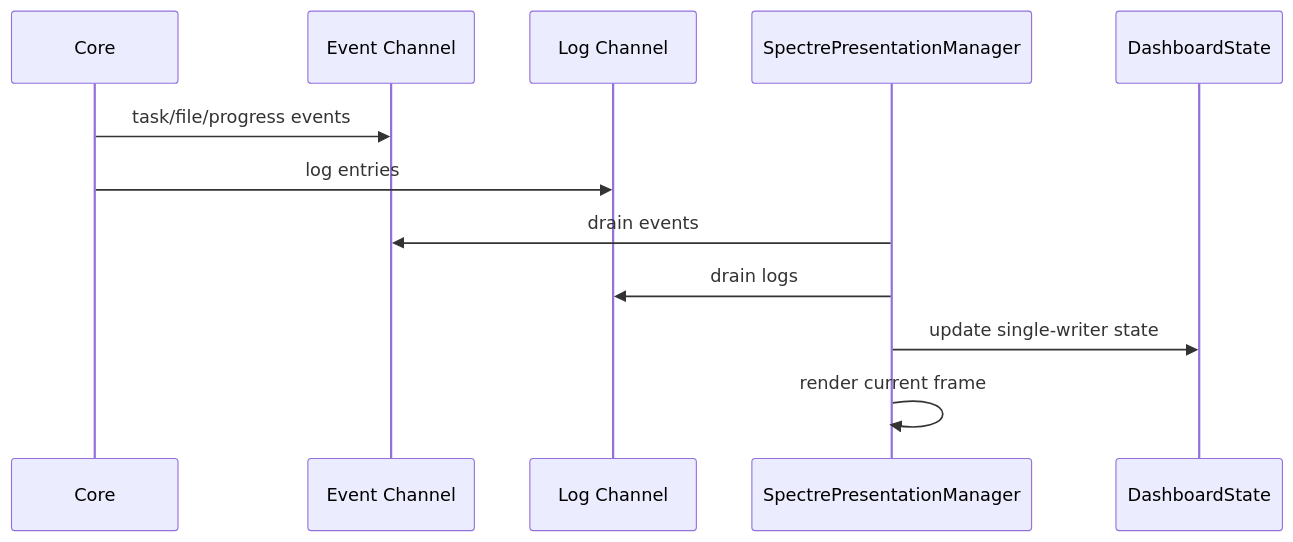
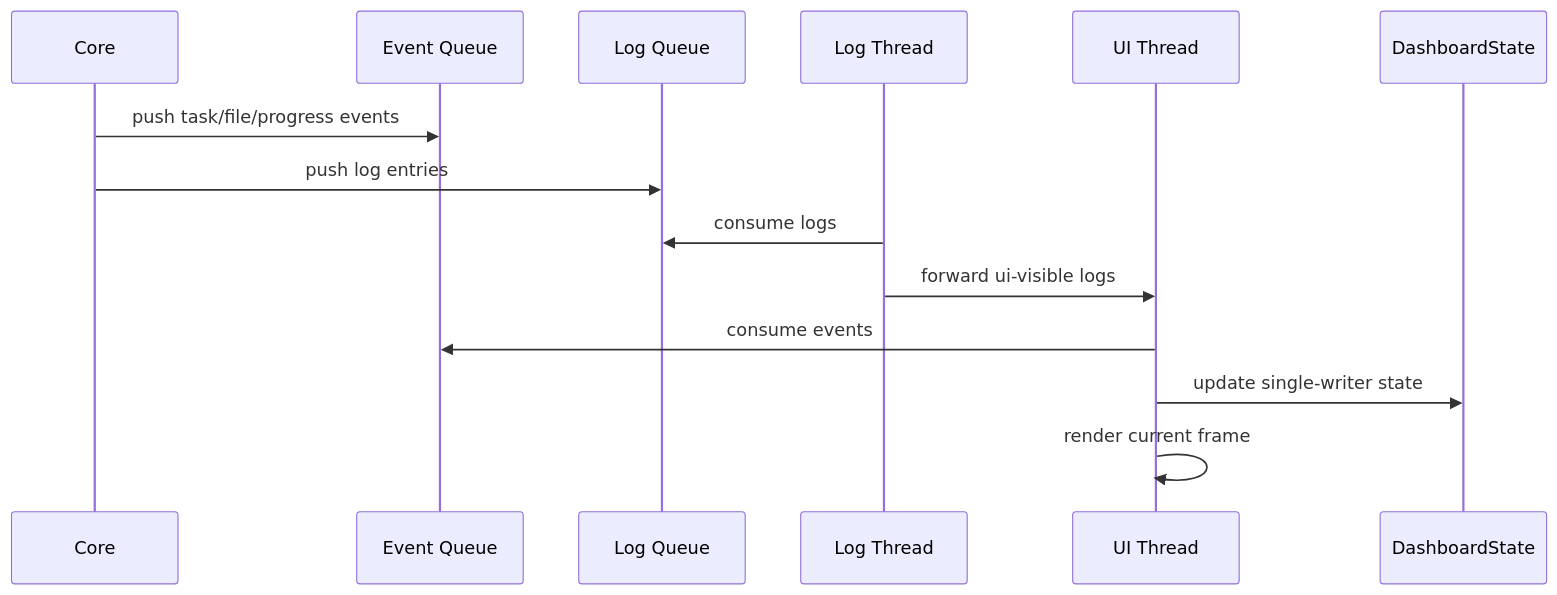
The diagram in Zeayii.Flow.Presentation/README.en.md (zeayii/flow), drawn with Mermaid before and after one commit. The commit also changed other lines of this file and 9 other files, not shown here.

````diff
--- a/Zeayii.Flow.Presentation/README.en.md
+++ b/Zeayii.Flow.Presentation/README.en.md
@@ -34,15 +34,17 @@
 ```mermaid
 sequenceDiagram
     participant Core as Core
-    participant EVT as Event Channel
-    participant LOG as Log Channel
-    participant UI as SpectrePresentationManager
+    participant EVT as Event Queue
+    participant LOG as Log Queue
+    participant LTH as Log Thread
+    participant UTH as UI Thread
     participant STA as DashboardState
 
-    Core->>EVT: task/file/progress events
-    Core->>LOG: log entries
-    UI->>EVT: drain events
-    UI->>LOG: drain logs
-    UI->>STA: update single-writer state
-    UI->>UI: render current frame
+    Core->>EVT: push task/file/progress events
+    Core->>LOG: push log entries
+    LTH->>LOG: consume logs
+    LTH->>UTH: forward ui-visible logs
+    UTH->>EVT: consume events
+    UTH->>STA: update single-writer state
+    UTH->>UTH: render current frame
 ```
````
